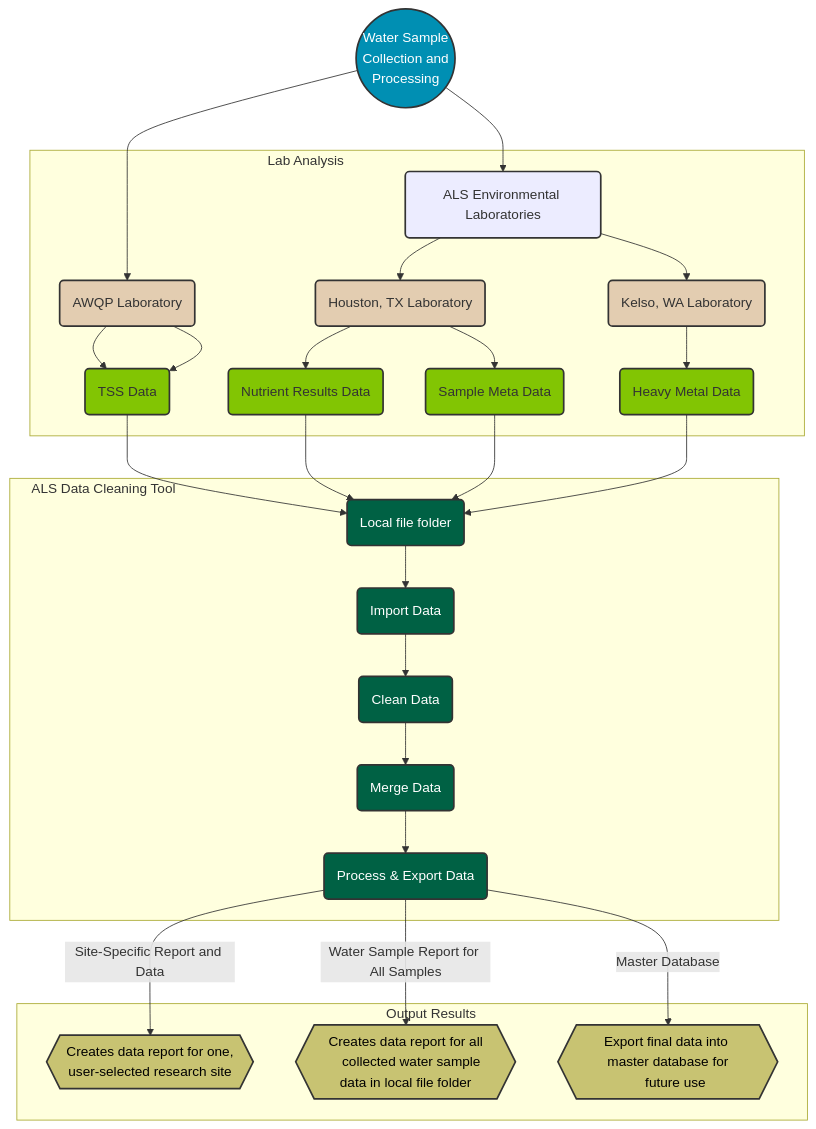
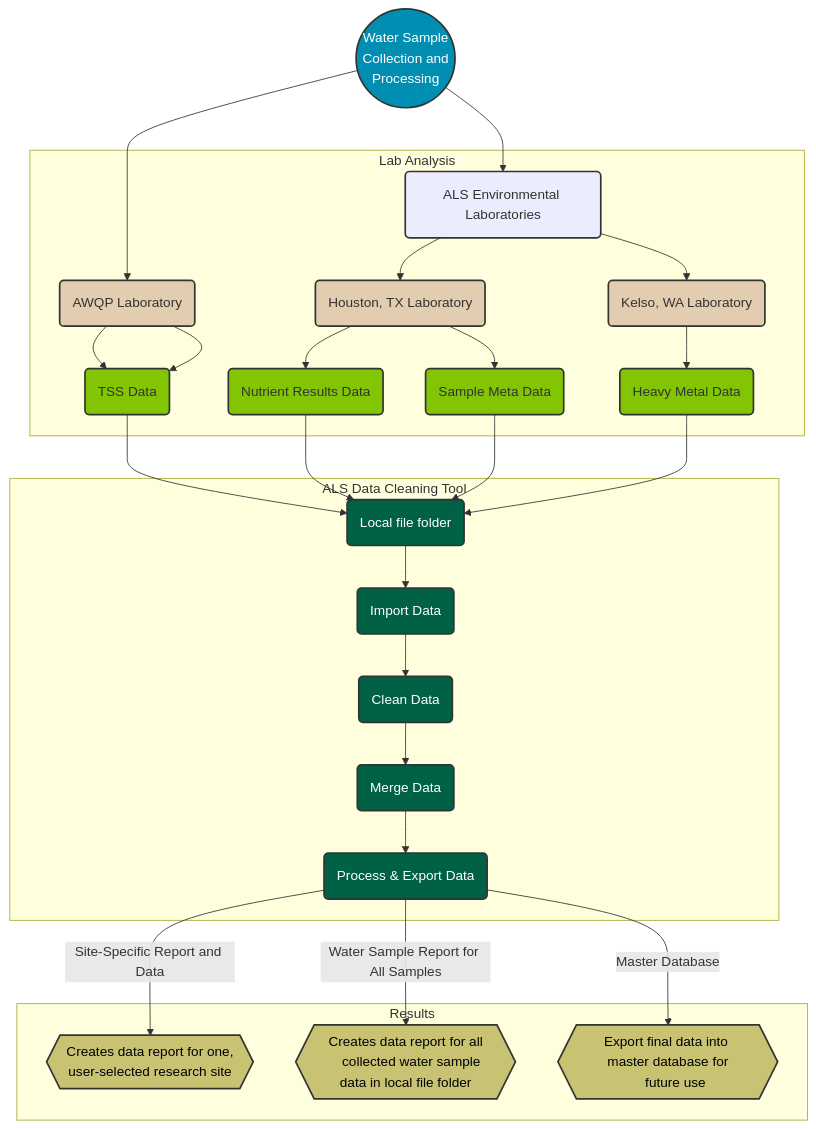
The diagram in README.md (CSU-Agricultural-Water-Quality-Program/ALS-Data-Cleaning-Tool), drawn with Mermaid before and after one commit.

````diff
--- a/README.md
+++ b/README.md
@@ -49,51 +49,53 @@
 ```mermaid
 
 flowchart TD
 
 water((Water Sample
  Collection and 
  Processing)):::wat --> ALS & AWQP
- subgraph Lab Analysis&nbsp&nbsp&nbsp&nbsp&nbsp&nbsp&nbsp&nbsp&nbsp&nbsp&nbsp&nbsp&nbsp&nbsp&nbsp&nbsp&nbsp&nbsp&nbsp&nbsp&nbsp&nbsp&nbsp&nbsp&nbsp&nbsp&nbsp&nbsp&nbsp&nbsp&nbsp&nbsp&nbsp&nbsp&nbsp&nbsp&nbsp&nbsp&nbsp&nbsp&nbsp&nbsp&nbsp&nbsp&nbsp&nbsp&nbsp&nbsp&nbsp&nbsp&nbsp&nbsp&nbsp&nbsp&nbsp&nbsp&nbsp&nbsp&nbsp                   
+
+ subgraph "Lab Analysis\n\n"                 
     ALS(ALS Environmental Laboratories):::als --> houston  & Kelso
     Kelso(Kelso, WA Laboratory \n ):::labs --> kelso
     houston(Houston, TX Laboratory):::labs--> result & sample
     AWQP --> tss(TSS Data):::dat
     
 end
     tss --> file(Local file folder)
     result(Nutrient Results Data):::dat --> file
     sample(Sample Meta Data):::dat --> file
     kelso(Heavy Metal Data):::dat --> file
     AWQP(AWQP Laboratory):::labs --> tss
 
-subgraph "ALS Data Cleaning Tool&nbsp&nbsp&nbsp&nbsp&nbsp&nbsp&nbsp&nbsp&nbsp&nbsp&nbsp&nbsp&nbsp&nbsp&nbsp&nbsp&nbsp&nbsp&nbsp&nbsp&nbsp&nbsp&nbsp&nbsp&nbsp&nbsp&nbsp&nbsp&nbsp&nbsp&nbsp&nbsp&nbsp&nbsp&nbsp&nbsp&nbsp&nbsp&nbsp&nbsp&nbsp&nbsp&nbsp&nbsp&nbsp&nbsp&nbsp&nbsp&nbsp&nbsp&nbsp&nbsp&nbsp&nbsp&nbsp&nbsp&nbsp&nbsp&nbsp&nbsp&nbsp&nbsp&nbsp&nbsp&nbsp&nbsp&nbsp&nbsp&nbsp&nbsp&nbsp&nbsp&nbsp&nbsp&nbsp&nbsp&nbsp&nbsp&nbsp&nbsp&nbsp&nbsp&nbsp&nbsp&nbsp&nbsp&nbsp&nbsp&nbsp&nbsp&nbsp&nbsp&nbsp&nbsp&nbsp&nbsp&nbsp&nbsp&nbsp&nbsp&nbsp&nbsp&nbsp&nbsp&nbsp&nbsp&nbsp&nbsp&nbsp&nbsp&nbsp&nbsp&nbsp&nbsp&nbsp&nbsp&nbsp&nbsp&nbsp&nbsp&nbsp&nbsp&nbsp&nbsp&nbsp&nbsp&nbsp&nbsp&nbsp&nbsp&nbsp&nbsp&nbsp&nbsp&nbsp&nbsp&nbsp&nbsp&nbsp&nbsp&nbsp&nbsp&nbsp&nbsp&nbsp&nbsp&nbsp&nbsp&nbsp&nbsp&nbsp&nbsp&nbsp&nbsp"
+subgraph "ALS Data Cleaning Tool\n\n"
+
     file:::r --> import(Import Data):::r
     import --> clean(Clean Data):::r
     clean --> merge(Merge Data):::r
     merge --> export(Process & Export Data):::r
 end
 
-subgraph &nbsp&nbsp&nbsp&nbsp&nbsp&nbsp&nbsp&nbsp&nbsp&nbspOutput Results
+subgraph "Results\n\n"
     export -->|Site-Specific Report and Data| E{{Creates data report for one, 
     user-selected research site}}:::out
     
     export -->|Water Sample Report for All Samples| D{{Creates data report for all
     collected water sample data in local file folder}}:::out
    
     export -->|Master Database| F{{Export final data into master database for
     future use}}:::out
 end
 
 classDef labs fill:#E3CDB1, stroke:#333, stroke-width:2px
 
 classDef dat fill:#82C503, stroke:#333, stroke-width:2px
 
 classDef als fill:##CCCCCC, stroke:#333, stroke-width:2px
 
 classDef wat fill:#008FB3, stroke:#333, stroke-width:2px, color:#fff
 
 classDef r fill:#006144, stroke:#333, stroke-width:2px, color:#fff
 
 classDef out fill:#C8C372, stroke:#333, stroke-width:2px, color:#000000
 
 ```
````
